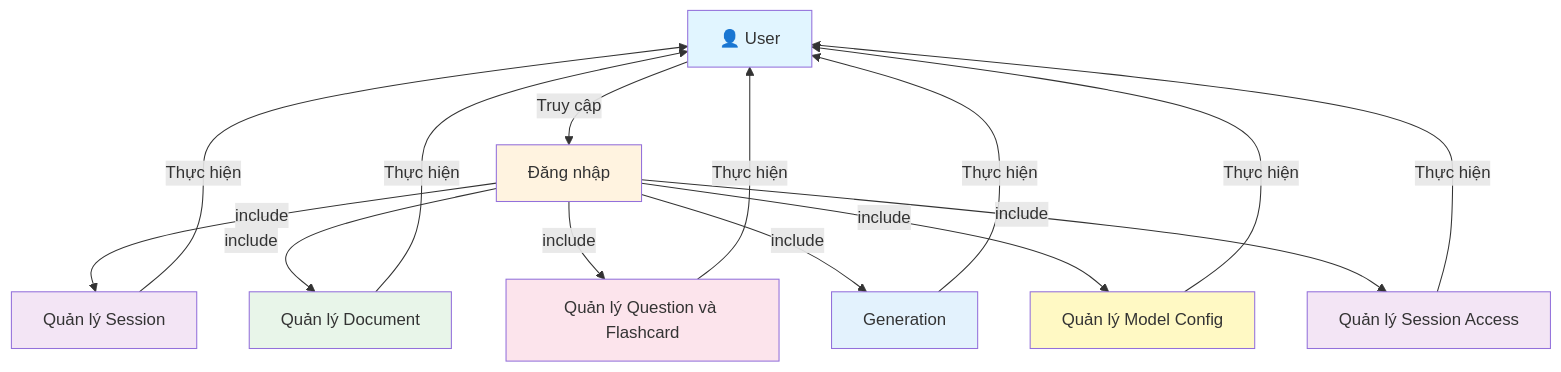
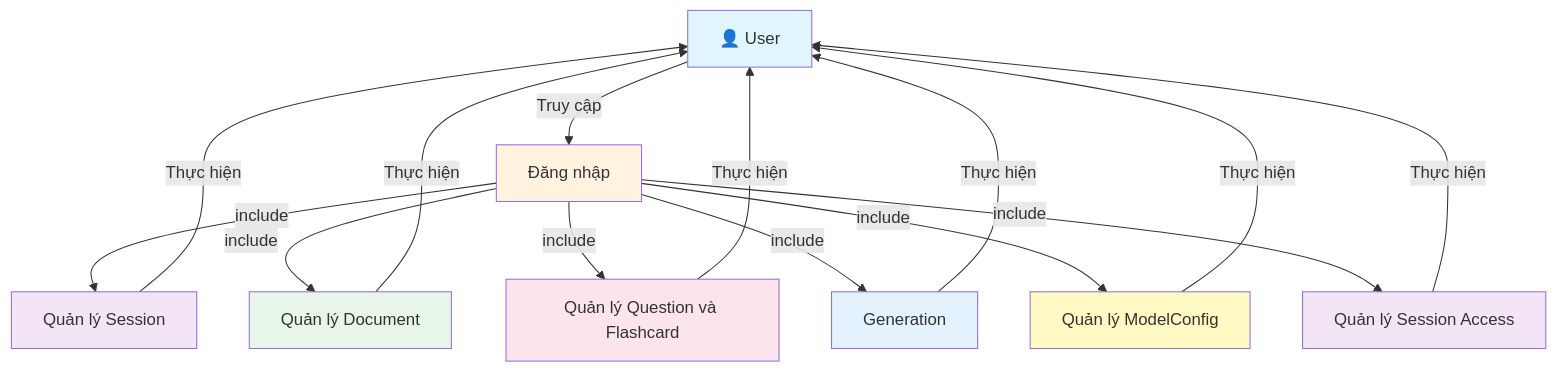
The diagram in a_general/1_general_usecase.md (mduc-2610/gp_doc), drawn with Mermaid before and after one commit. The commit also changed 45 other files, not shown here.

````diff
--- a/a_general/1_general_usecase.md
+++ b/a_general/1_general_usecase.md
@@ -3,40 +3,40 @@
 ```mermaid
 graph TB
     Actor["👤 User"]
     
     Login["Đăng nhập"]
     ManageSession["Quản lý Session"]
     ManageDocument["Quản lý Document"]
     ManageQuestion["Quản lý Question và Flashcard"]
     Generation["Generation"]
-    ManageModel["Quản lý Model Config"]
+    ManageModel["Quản lý ModelConfig"]
     ManageAccess["Quản lý Session Access"]
     
     Actor -->|Truy cập| Login
     Login -->|include| ManageSession
     ManageSession -->|Thực hiện| Actor
     
     Login -->|include| ManageDocument
     ManageDocument -->|Thực hiện| Actor
     
     Login -->|include| ManageQuestion
     ManageQuestion -->|Thực hiện| Actor
     
     Login -->|include| Generation
     Generation -->|Thực hiện| Actor
     
     Login -->|include| ManageModel
     ManageModel -->|Thực hiện| Actor
     
     Login -->|include| ManageAccess
     ManageAccess -->|Thực hiện| Actor
     
     style Actor fill:#e1f5ff
     style Login fill:#fff3e0
     style ManageSession fill:#f3e5f5
     style ManageDocument fill:#e8f5e9
     style ManageQuestion fill:#fce4ec
     style Generation fill:#e3f2fd
     style ManageModel fill:#fff9c4
     style ManageAccess fill:#f3e5f5
 ```
````
